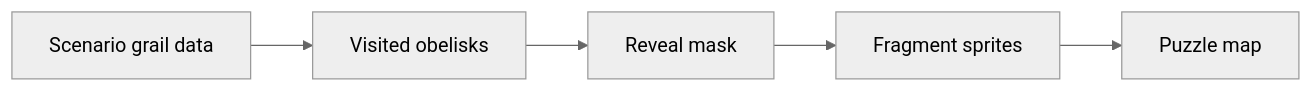
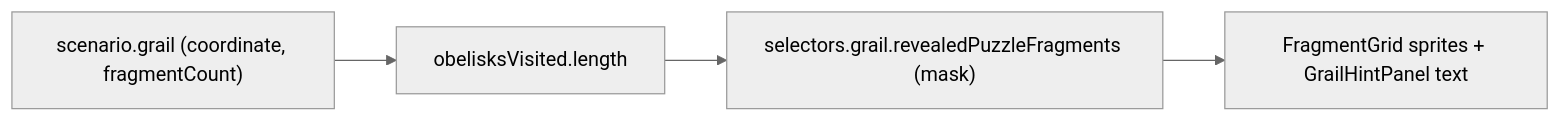
Before and after one commit to SunaNoOshiro/Heroes_Reforged_AI_Realms: the second of 5 diagrams in docs/architecture/wiki/screens/10-puzzle-map/architecture.md, drawn with Mermaid (neutral theme). The commit also changed other lines of this file and 518 other files, not shown here.

First line of the commit message:
Add doc-audit skill and sweep architecture/screen docs

````diff
--- a/docs/architecture/wiki/screens/10-puzzle-map/architecture.md
+++ b/docs/architecture/wiki/screens/10-puzzle-map/architecture.md
@@ -32,8 +38,7 @@
 ```mermaid
 flowchart LR
-  L0["Scenario grail data"] --> L1
-  L1["Visited obelisks"] --> L2
-  L2["Reveal mask"] --> L3
-  L3["Fragment sprites"] --> L4
-  L4["Puzzle map"]
+  L0["scenario.grail (coordinate, fragmentCount)"] --> L1
+  L1["obelisksVisited.length"] --> L2
+  L2["selectors.grail.revealedPuzzleFragments (mask)"] --> L3
+  L3["FragmentGrid sprites + GrailHintPanel text"]
 ```
````
